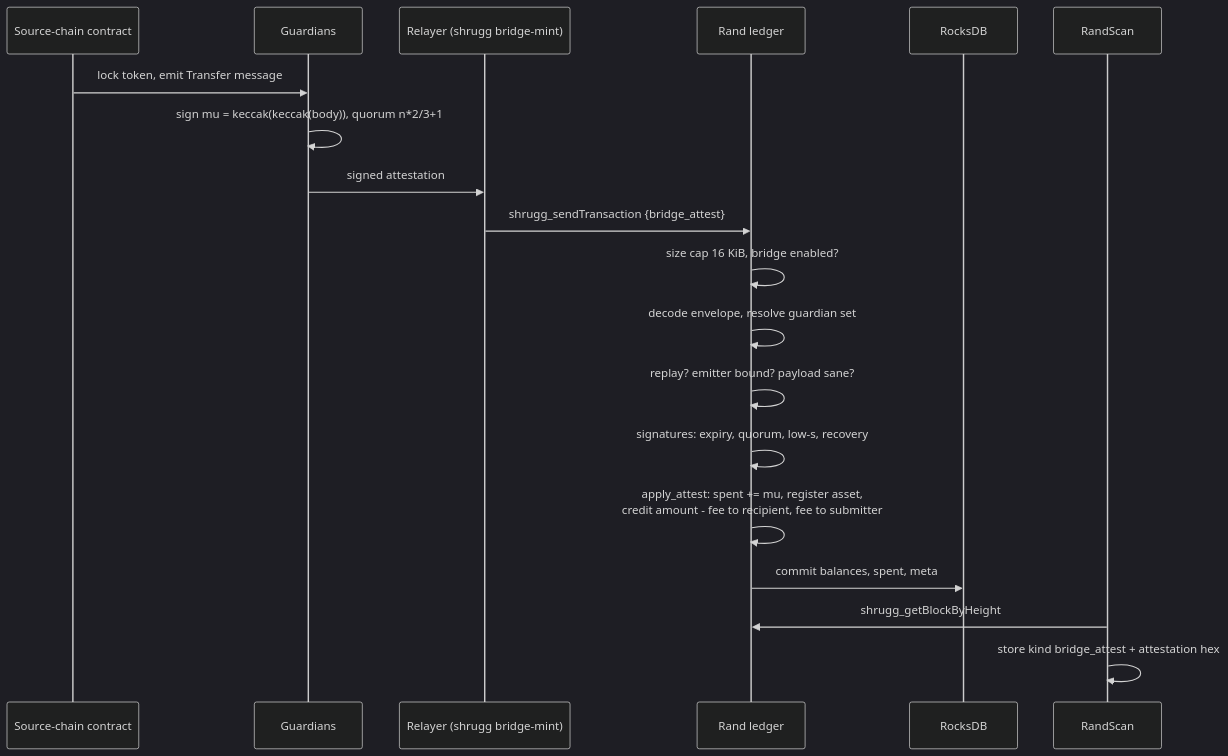
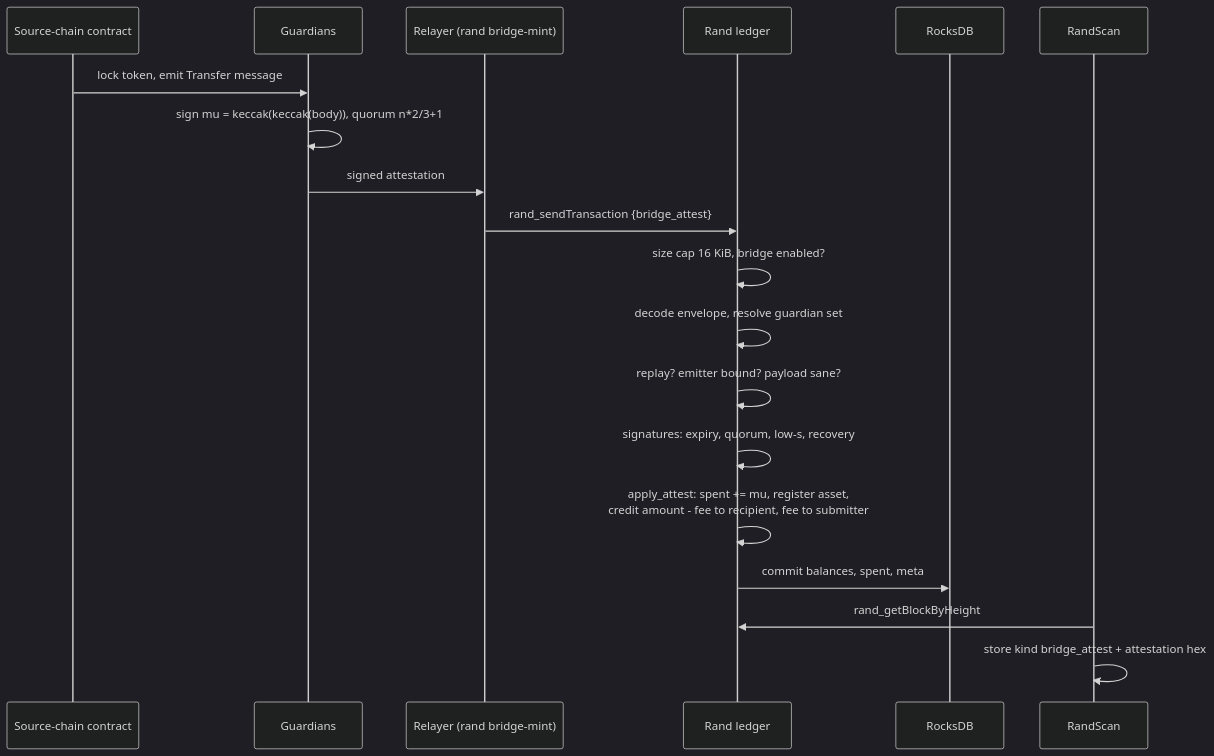
One commit to randprotocol/randscan changed the first of 2 diagrams in docs/bridge-architecture.md. Above: the diagram before and after it, drawn with Mermaid (dark theme). The commit also changed other lines of this file and 32 other files, not shown here.

First line of the commit message:
rename: shrugg → rand everywhere the explorer still had it — the rand_* RPC methods, the rand1 address prefix, the rand-node / rand binaries, the viewing-key domains

````diff
--- a/docs/bridge-architecture.md
+++ b/docs/bridge-architecture.md
@@ -184,21 +184,21 @@
 ```mermaid
 sequenceDiagram
     participant C as Source-chain contract
     participant G as Guardians
-    participant R as Relayer (shrugg bridge-mint)
+    participant R as Relayer (rand bridge-mint)
     participant L as Rand ledger
     participant S as RocksDB
     participant X as RandScan
     C->>G: lock token, emit Transfer message
     G->>G: sign mu = keccak(keccak(body)), quorum n*2/3+1
     G->>R: signed attestation
-    R->>L: shrugg_sendTransaction {bridge_attest}
+    R->>L: rand_sendTransaction {bridge_attest}
     L->>L: size cap 16 KiB, bridge enabled?
     L->>L: decode envelope, resolve guardian set
     L->>L: replay? emitter bound? payload sane?
     L->>L: signatures: expiry, quorum, low-s, recovery
     L->>L: apply_attest: spent += mu, register asset,<br/>credit amount - fee to recipient, fee to submitter
     L->>S: commit balances, spent, meta
-    X->>L: shrugg_getBlockByHeight
+    X->>L: rand_getBlockByHeight
     X->>X: store kind bridge_attest + attestation hex
 ```
````
